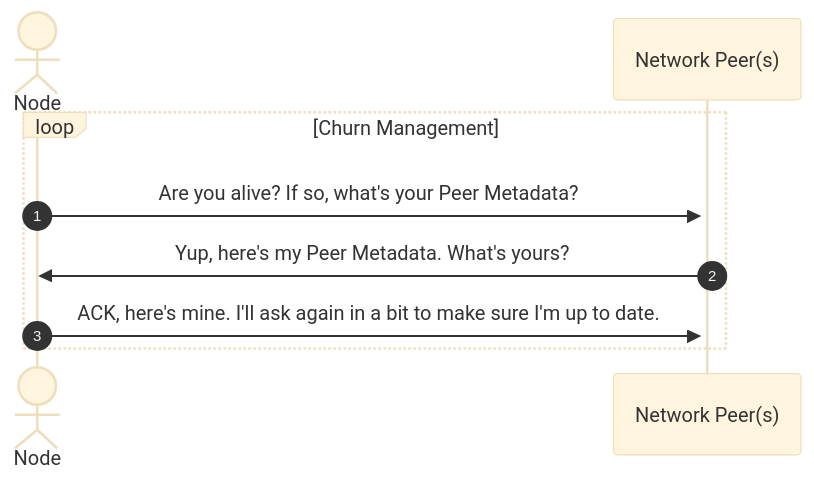
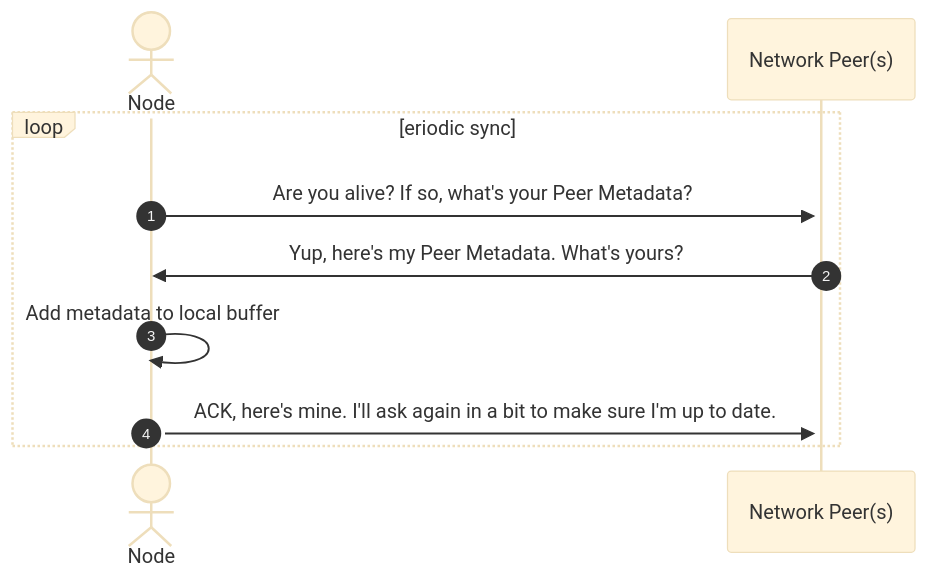
One commit to pokt-network/pocket changed the first of 5 diagrams in consensus/doc/PROTOCOL_STATE_SYNC.md. Above: the diagram before and after it, drawn with Mermaid (base theme). The commit also changed other lines of this file and 5 other files, not shown here.

````diff
--- a/consensus/doc/PROTOCOL_STATE_SYNC.md
+++ b/consensus/doc/PROTOCOL_STATE_SYNC.md
@@ -51,13 +61,14 @@
 ```mermaid
 sequenceDiagram
     autonumber
 
     actor N as Node
     participant NP as Network Peer(s)
 
-    loop Churn Management
+    loop eriodic sync
         N->>+NP: Are you alive? If so, what's your Peer Metadata?
         NP->>N: Yup, here's my Peer Metadata. What's yours?
+        N->>+N: Add metadata to local buffer
         N->>NP: ACK, here's mine. I'll ask again in a bit to make sure I'm up to date.
     end
 ```
````
